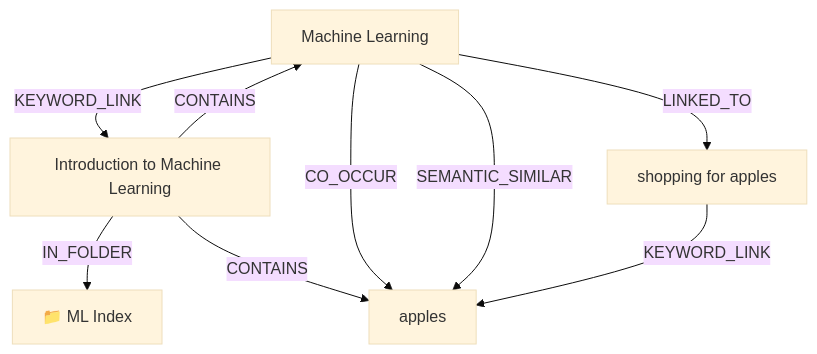
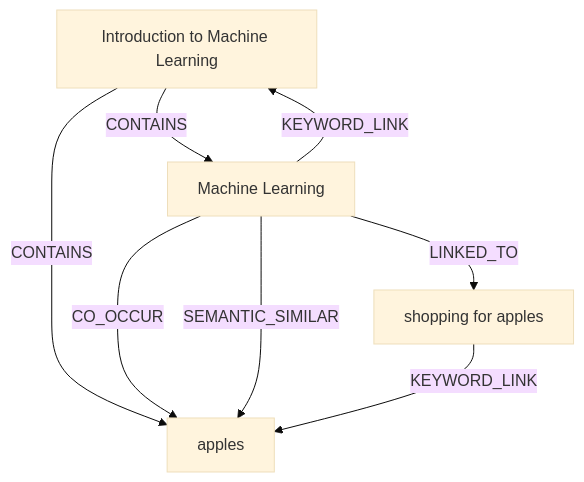
One commit to ankit-sengupta05/cyborg changed the diagram in AI_OS/Ontology/Ontology_Machine_Learning.md. Above: the diagram before and after it, drawn with Mermaid (base theme). The commit also changed other lines of this file and 28 other files, not shown here.

````diff
--- a/AI_OS/Ontology/Ontology_Machine_Learning.md
+++ b/AI_OS/Ontology/Ontology_Machine_Learning.md
@@ -26,16 +26,14 @@
 ```mermaid
 graph TD
     n0["shopping for apples"]
-    n1["📁 ML Index"]
+    n1["Introduction to Machine Learning"]
     n2["Machine Learning"]
-    n3["Introduction to Machine Learning"]
-    n4["apples"]
-    n3 -->|IN_FOLDER| n1
-    n2 -->|KEYWORD_LINK| n3
-    n3 -->|CONTAINS| n2
-    n3 -->|CONTAINS| n4
-    n2 -->|CO_OCCUR| n4
-    n2 -->|SEMANTIC_SIMILAR| n4
-    n0 -->|KEYWORD_LINK| n4
+    n3["apples"]
+    n2 -->|KEYWORD_LINK| n1
+    n1 -->|CONTAINS| n2
+    n1 -->|CONTAINS| n3
+    n2 -->|CO_OCCUR| n3
+    n2 -->|SEMANTIC_SIMILAR| n3
+    n0 -->|KEYWORD_LINK| n3
     n2 -->|LINKED_TO| n0
 ```
````
